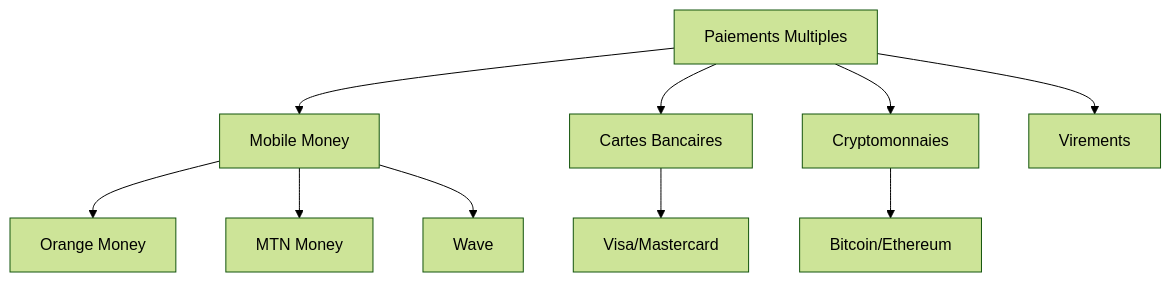
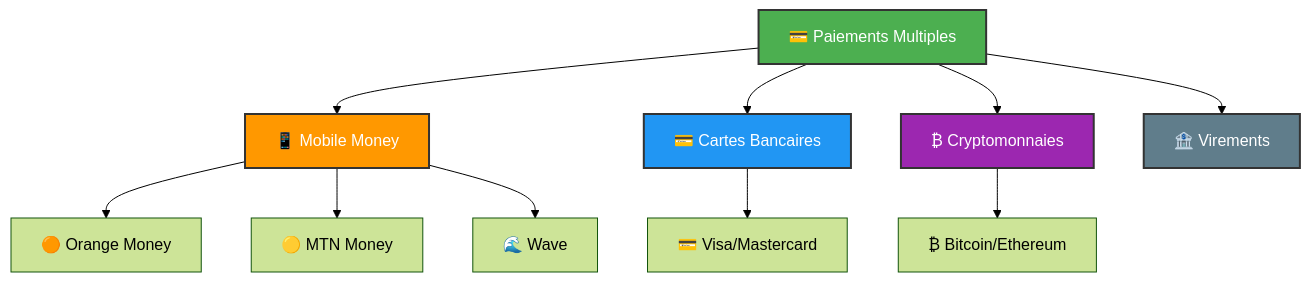
One commit to MaximeKELI/Projet-AGRICOLE changed the third of 13 diagrams in README.md. Above: the diagram before and after it, drawn with Mermaid (forest theme). The commit also changed other lines of this file and 2 other files, not shown here.

````diff
--- a/README.md
+++ b/README.md
@@ -94,12 +425,18 @@
 ```mermaid
 graph TD
-    A[Paiements Multiples] --> B[Mobile Money]
-    A --> C[Cartes Bancaires]
-    A --> D[Cryptomonnaies]
-    A --> E[Virements]
-    B --> F[Orange Money]
-    B --> G[MTN Money]
-    B --> H[Wave]
-    C --> I[Visa/Mastercard]
-    D --> J[Bitcoin/Ethereum]
+    A[💳 Paiements Multiples] --> B[📱 Mobile Money]
+    A --> C[💳 Cartes Bancaires]
+    A --> D[₿ Cryptomonnaies]
+    A --> E[🏦 Virements]
+    B --> F[🟠 Orange Money]
+    B --> G[🟡 MTN Money]
+    B --> H[🌊 Wave]
+    C --> I[💳 Visa/Mastercard]
+    D --> J[₿ Bitcoin/Ethereum]
+    
+    style A fill:#4CAF50,stroke:#333,stroke-width:2px,color:#fff
+    style B fill:#FF9800,stroke:#333,stroke-width:2px,color:#fff
+    style C fill:#2196F3,stroke:#333,stroke-width:2px,color:#fff
+    style D fill:#9C27B0,stroke:#333,stroke-width:2px,color:#fff
+    style E fill:#607D8B,stroke:#333,stroke-width:2px,color:#fff
 ```
````
